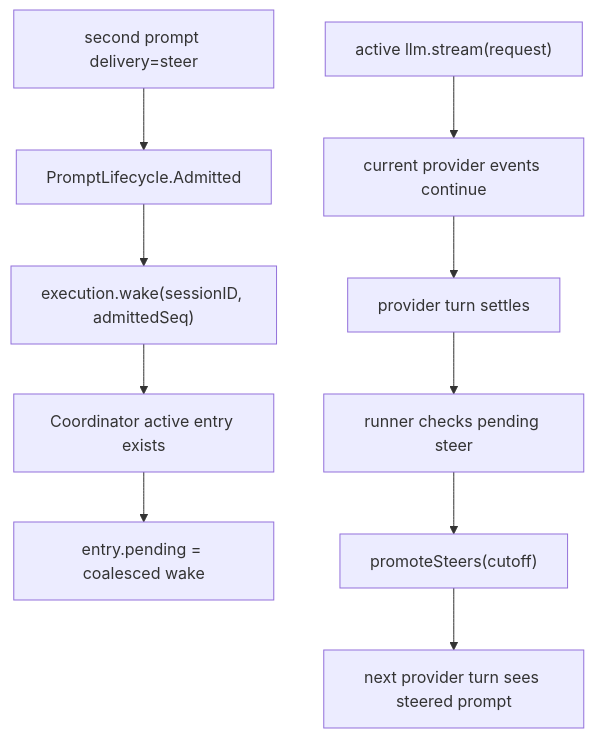
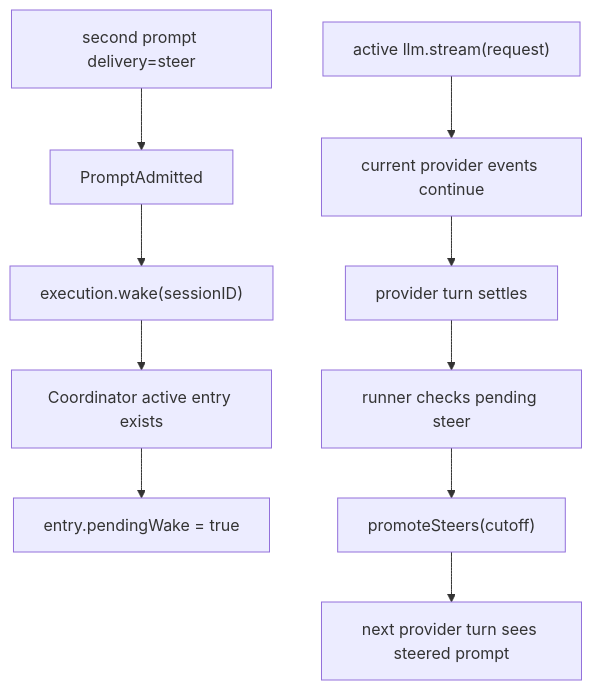
The diagram in docs/llm-wiki/opencode/spine/trace-steer-mid-turn.md (wdnmdtonyma/SOTA-Agent-LLM-Wiki), drawn with Mermaid before and after one commit. The commit also changed other lines of this file and 544 other files, not shown here.

````diff
--- a/docs/llm-wiki/opencode/spine/trace-steer-mid-turn.md
+++ b/docs/llm-wiki/opencode/spine/trace-steer-mid-turn.md
@@ -23,12 +23,12 @@
 ```mermaid
 flowchart TD
   Provider["active llm.stream(request)"] --> Events["current provider events continue"]
-  User2["second prompt delivery=steer"] --> Admit["PromptLifecycle.Admitted"]
-  Admit --> Wake["execution.wake(sessionID, admittedSeq)"]
+  User2["second prompt delivery=steer"] --> Admit["PromptAdmitted"]
+  Admit --> Wake["execution.wake(sessionID)"]
   Wake --> Active["Coordinator active entry exists"]
-  Active --> Pending["entry.pending = coalesced wake"]
+  Active --> Pending["entry.pendingWake = true"]
   Events --> TurnEnd["provider turn settles"]
   TurnEnd --> RunnerCheck["runner checks pending steer"]
   RunnerCheck --> Promote["promoteSteers(cutoff)"]
   Promote --> NextTurn["next provider turn sees steered prompt"]
 ```
````
